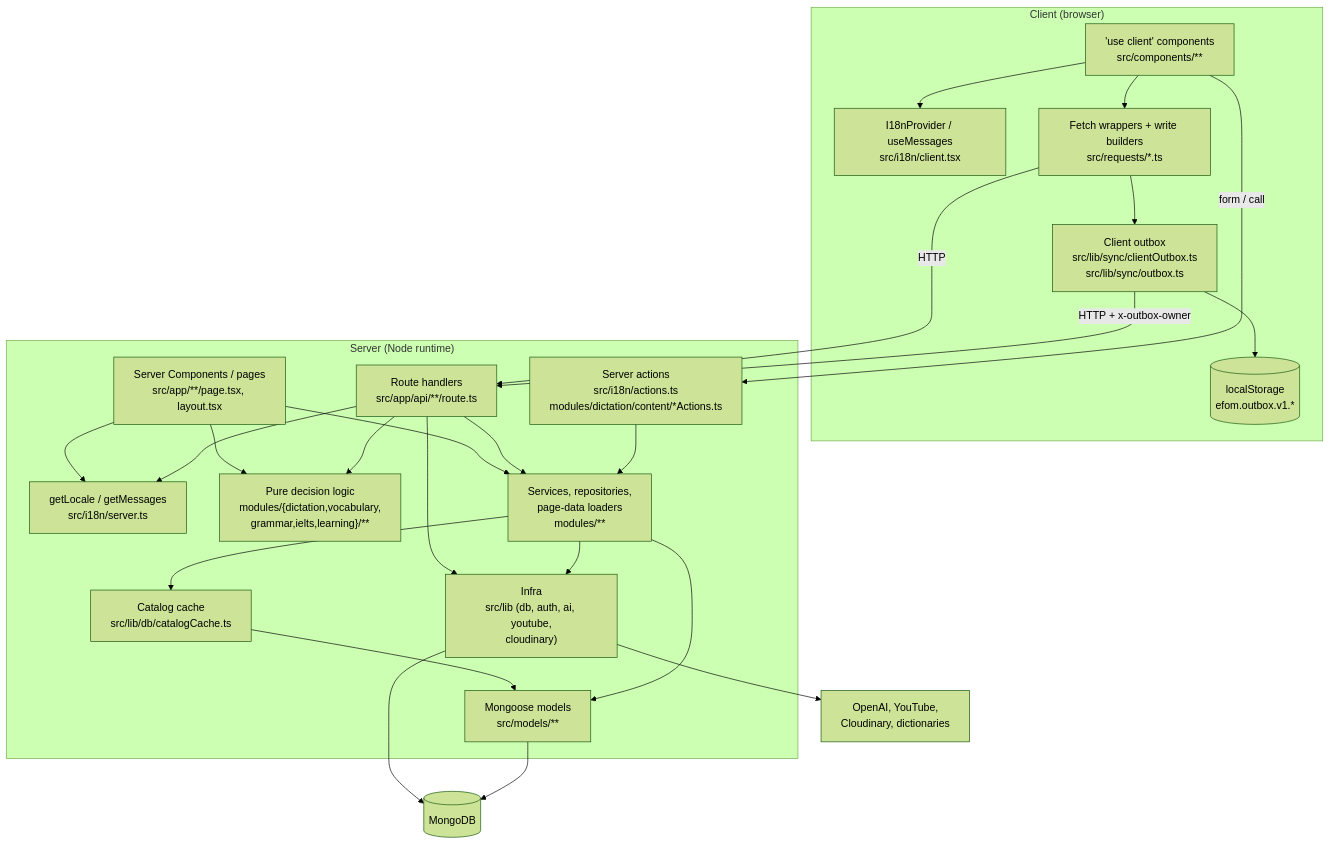
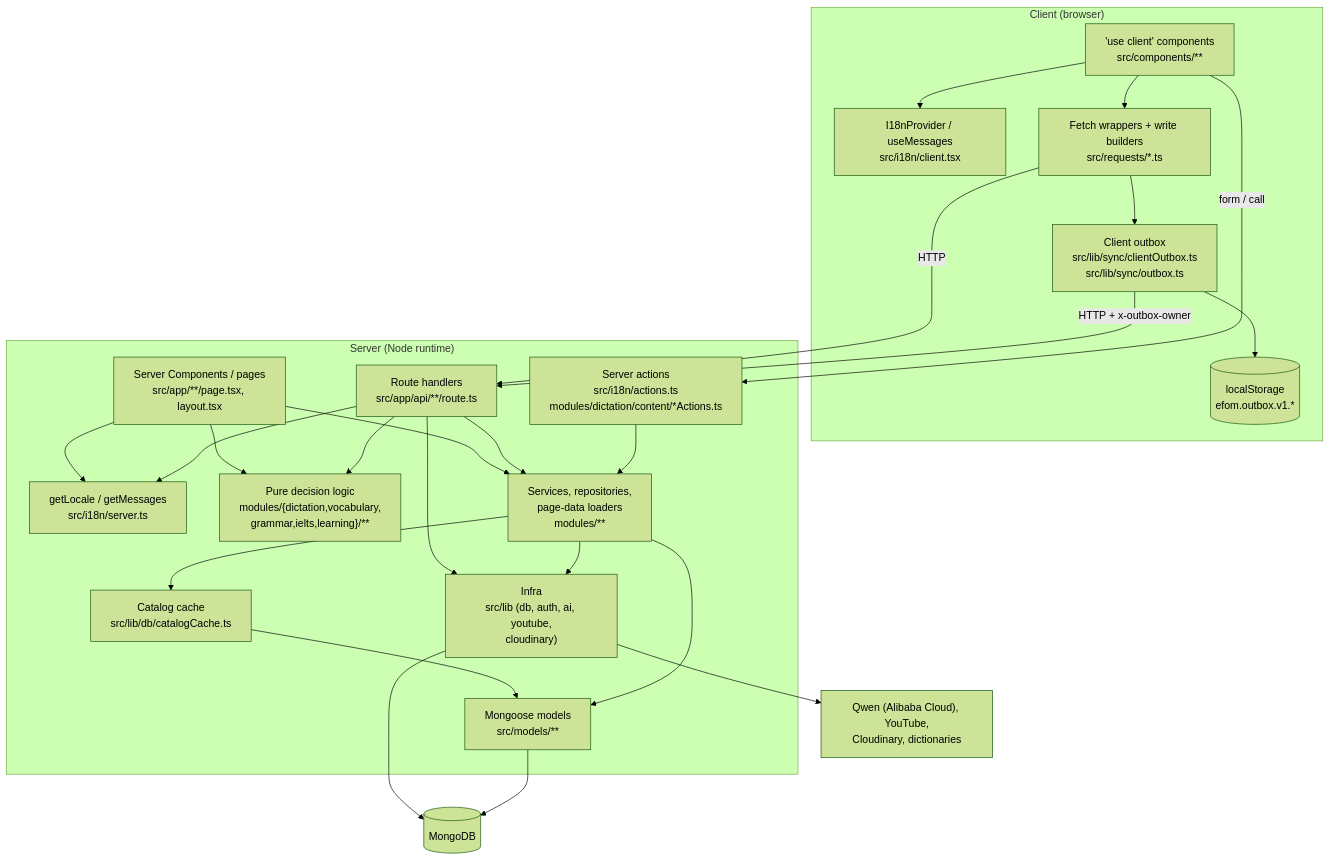
Before and after one commit to NaKMiers/English_For_Only_Me: the first of 4 diagrams in docs/02-architecture.md, drawn with Mermaid (forest theme). The commit also changed other lines of this file and 9 other files, not shown here.

````diff
--- a/docs/02-architecture.md
+++ b/docs/02-architecture.md
@@ -114,46 +114,46 @@
 ```mermaid
 flowchart TD
   subgraph client["Client (browser)"]
     CC["'use client' components<br/>src/components/**"]
     I18C["I18nProvider / useMessages<br/>src/i18n/client.tsx"]
     REQ["Fetch wrappers + write builders<br/>src/requests/*.ts"]
     OBX["Client outbox<br/>src/lib/sync/clientOutbox.ts<br/>src/lib/sync/outbox.ts"]
     LS[("localStorage<br/>efom.outbox.v1.*")]
   end
   subgraph server["Server (Node runtime)"]
     PAGE["Server Components / pages<br/>src/app/**/page.tsx, layout.tsx"]
     ACT["Server actions<br/>src/i18n/actions.ts<br/>modules/dictation/content/*Actions.ts"]
     ROUTE["Route handlers<br/>src/app/api/**/route.ts"]
     I18S["getLocale / getMessages<br/>src/i18n/server.ts"]
     DEC["Pure decision logic<br/>modules/{dictation,vocabulary,<br/>grammar,ielts,learning}/**"]
     SVC["Services, repositories,<br/>page-data loaders<br/>modules/**"]
     CACHE["Catalog cache<br/>src/lib/db/catalogCache.ts"]
     LIB["Infra<br/>src/lib (db, auth, ai, youtube,<br/>cloudinary)"]
     MODEL["Mongoose models<br/>src/models/**"]
   end
   DB[("MongoDB")]
-  EXT["OpenAI, YouTube,<br/>Cloudinary, dictionaries"]
+  EXT["Qwen (Alibaba Cloud), YouTube,<br/>Cloudinary, dictionaries"]
 
   CC --> I18C
   CC --> REQ
   REQ --> OBX
   OBX --> LS
   REQ -->|HTTP| ROUTE
   OBX -->|HTTP + x-outbox-owner| ROUTE
   CC -->|form / call| ACT
   PAGE --> I18S
   PAGE --> SVC
   PAGE --> DEC
   ROUTE --> I18S
   ROUTE --> DEC
   ROUTE --> SVC
   ROUTE --> LIB
   ACT --> SVC
   SVC --> CACHE
   CACHE --> MODEL
   SVC --> MODEL
   SVC --> LIB
   LIB --> EXT
   LIB --> DB
   MODEL --> DB
 ```
````
